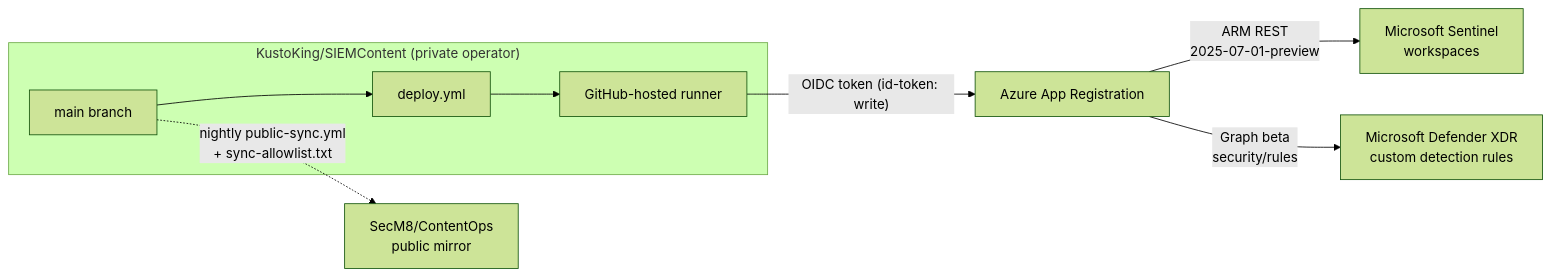
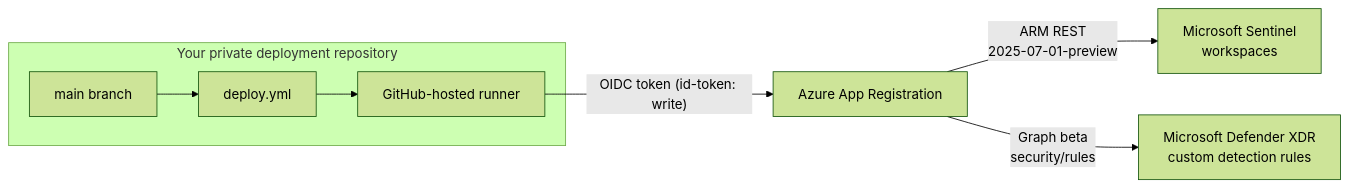
The third of 3 diagrams in docs/reference/architecture.md (SecM8/ContentOps), drawn with Mermaid (forest theme) before and after one commit. The commit also changed other lines of this file and 26 other files, not shown here.

Commit message:
chore(mirror): daily public sync 2026-10-05

````diff
--- a/docs/reference/architecture.md
+++ b/docs/reference/architecture.md
@@ -70,11 +70,10 @@
 ```mermaid
 flowchart LR
-    subgraph private["KustoKing/SIEMContent (private operator)"]
+    subgraph private["Your private deployment repository"]
         REPO[main branch] --> DEP[deploy.yml]
         DEP --> RUN[GitHub-hosted runner]
     end
     RUN -- "OIDC token (id-token: write)" --> APP[Azure App Registration]
     APP -- ARM REST<br/>2025-07-01-preview --> SENT[Microsoft Sentinel<br/>workspaces]
     APP -- Graph beta<br/>security/rules --> MDE[Microsoft Defender XDR<br/>custom detection rules]
-    REPO -. "nightly public-sync.yml<br/>+ sync-allowlist.txt" .-> PUB[SecM8/ContentOps<br/>public mirror]
 ```
````
